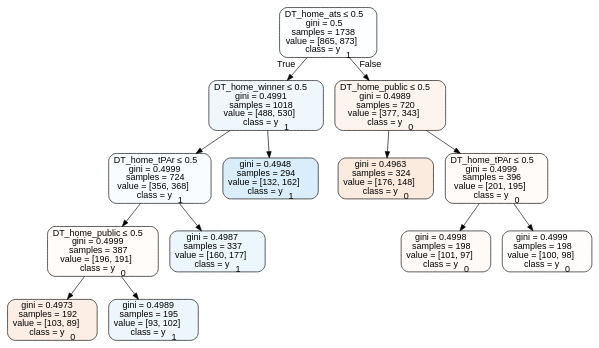
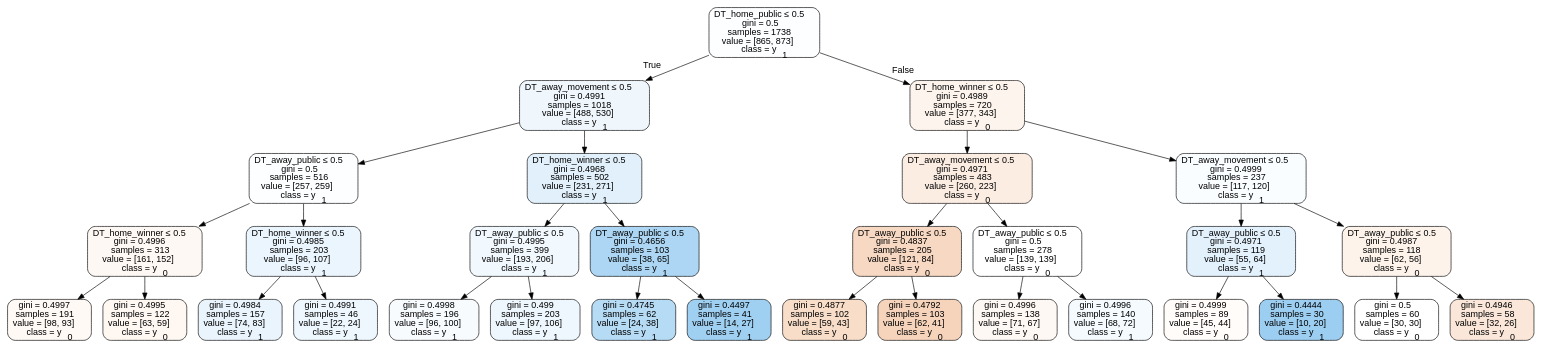
One commit to usbogie/ncaa-bets changed the diagram in tree_data/tree2014neutral.dot. Above: the diagram before and after it, drawn with Graphviz. The commit also changed 26 other files, not shown here.

```diff
--- a/tree_data/tree2014neutral.dot
+++ b/tree_data/tree2014neutral.dot
@@ -1,29 +1,65 @@
 digraph Tree {
 node [shape=box, style="filled, rounded", color="black", fontname=helvetica] ;
 edge [fontname=helvetica] ;
-0 [label=<DT_home_ats &le; 0.5<br/>gini = 0.5<br/>samples = 1738<br/>value = [865, 873]<br/>class = y<SUB>1</SUB>>, fillcolor="#399de502"] ;
-1 [label=<DT_home_winner &le; 0.5<br/>gini = 0.4991<br/>samples = 1018<br/>value = [488, 530]<br/>class = y<SUB>1</SUB>>, fillcolor="#399de514"] ;
+0 [label=<DT_home_public &le; 0.5<br/>gini = 0.5<br/>samples = 1738<br/>value = [865, 873]<br/>class = y<SUB>1</SUB>>, fillcolor="#399de502"] ;
+1 [label=<DT_away_movement &le; 0.5<br/>gini = 0.4991<br/>samples = 1018<br/>value = [488, 530]<br/>class = y<SUB>1</SUB>>, fillcolor="#399de514"] ;
 0 -> 1 [labeldistance=2.5, labelangle=45, headlabel="True"] ;
-2 [label=<DT_home_tPAr &le; 0.5<br/>gini = 0.4999<br/>samples = 724<br/>value = [356, 368]<br/>class = y<SUB>1</SUB>>, fillcolor="#399de508"] ;
+2 [label=<DT_away_public &le; 0.5<br/>gini = 0.5<br/>samples = 516<br/>value = [257, 259]<br/>class = y<SUB>1</SUB>>, fillcolor="#399de502"] ;
 1 -> 2 ;
-3 [label=<DT_home_public &le; 0.5<br/>gini = 0.4999<br/>samples = 387<br/>value = [196, 191]<br/>class = y<SUB>0</SUB>>, fillcolor="#e5813907"] ;
+3 [label=<DT_home_winner &le; 0.5<br/>gini = 0.4996<br/>samples = 313<br/>value = [161, 152]<br/>class = y<SUB>0</SUB>>, fillcolor="#e581390e"] ;
 2 -> 3 ;
-4 [label=<gini = 0.4973<br/>samples = 192<br/>value = [103, 89]<br/>class = y<SUB>0</SUB>>, fillcolor="#e5813923"] ;
+4 [label=<gini = 0.4997<br/>samples = 191<br/>value = [98, 93]<br/>class = y<SUB>0</SUB>>, fillcolor="#e581390d"] ;
 3 -> 4 ;
-5 [label=<gini = 0.4989<br/>samples = 195<br/>value = [93, 102]<br/>class = y<SUB>1</SUB>>, fillcolor="#399de517"] ;
+5 [label=<gini = 0.4995<br/>samples = 122<br/>value = [63, 59]<br/>class = y<SUB>0</SUB>>, fillcolor="#e5813910"] ;
 3 -> 5 ;
-6 [label=<gini = 0.4987<br/>samples = 337<br/>value = [160, 177]<br/>class = y<SUB>1</SUB>>, fillcolor="#399de518"] ;
+6 [label=<DT_home_winner &le; 0.5<br/>gini = 0.4985<br/>samples = 203<br/>value = [96, 107]<br/>class = y<SUB>1</SUB>>, fillcolor="#399de51a"] ;
 2 -> 6 ;
-7 [label=<gini = 0.4948<br/>samples = 294<br/>value = [132, 162]<br/>class = y<SUB>1</SUB>>, fillcolor="#399de52f"] ;
-1 -> 7 ;
-8 [label=<DT_home_public &le; 0.5<br/>gini = 0.4989<br/>samples = 720<br/>value = [377, 343]<br/>class = y<SUB>0</SUB>>, fillcolor="#e5813917"] ;
-0 -> 8 [labeldistance=2.5, labelangle=-45, headlabel="False"] ;
-9 [label=<gini = 0.4963<br/>samples = 324<br/>value = [176, 148]<br/>class = y<SUB>0</SUB>>, fillcolor="#e5813929"] ;
-8 -> 9 ;
-10 [label=<DT_home_tPAr &le; 0.5<br/>gini = 0.4999<br/>samples = 396<br/>value = [201, 195]<br/>class = y<SUB>0</SUB>>, fillcolor="#e5813908"] ;
-8 -> 10 ;
-11 [label=<gini = 0.4998<br/>samples = 198<br/>value = [101, 97]<br/>class = y<SUB>0</SUB>>, fillcolor="#e581390a"] ;
+7 [label=<gini = 0.4984<br/>samples = 157<br/>value = [74, 83]<br/>class = y<SUB>1</SUB>>, fillcolor="#399de51c"] ;
+6 -> 7 ;
+8 [label=<gini = 0.4991<br/>samples = 46<br/>value = [22, 24]<br/>class = y<SUB>1</SUB>>, fillcolor="#399de515"] ;
+6 -> 8 ;
+9 [label=<DT_home_winner &le; 0.5<br/>gini = 0.4968<br/>samples = 502<br/>value = [231, 271]<br/>class = y<SUB>1</SUB>>, fillcolor="#399de526"] ;
+1 -> 9 ;
+10 [label=<DT_away_public &le; 0.5<br/>gini = 0.4995<br/>samples = 399<br/>value = [193, 206]<br/>class = y<SUB>1</SUB>>, fillcolor="#399de510"] ;
+9 -> 10 ;
+11 [label=<gini = 0.4998<br/>samples = 196<br/>value = [96, 100]<br/>class = y<SUB>1</SUB>>, fillcolor="#399de50a"] ;
 10 -> 11 ;
-12 [label=<gini = 0.4999<br/>samples = 198<br/>value = [100, 98]<br/>class = y<SUB>0</SUB>>, fillcolor="#e5813905"] ;
+12 [label=<gini = 0.499<br/>samples = 203<br/>value = [97, 106]<br/>class = y<SUB>1</SUB>>, fillcolor="#399de516"] ;
 10 -> 12 ;
+13 [label=<DT_away_public &le; 0.5<br/>gini = 0.4656<br/>samples = 103<br/>value = [38, 65]<br/>class = y<SUB>1</SUB>>, fillcolor="#399de56a"] ;
+9 -> 13 ;
+14 [label=<gini = 0.4745<br/>samples = 62<br/>value = [24, 38]<br/>class = y<SUB>1</SUB>>, fillcolor="#399de55e"] ;
+13 -> 14 ;
+15 [label=<gini = 0.4497<br/>samples = 41<br/>value = [14, 27]<br/>class = y<SUB>1</SUB>>, fillcolor="#399de57b"] ;
+13 -> 15 ;
+16 [label=<DT_home_winner &le; 0.5<br/>gini = 0.4989<br/>samples = 720<br/>value = [377, 343]<br/>class = y<SUB>0</SUB>>, fillcolor="#e5813917"] ;
+0 -> 16 [labeldistance=2.5, labelangle=-45, headlabel="False"] ;
+17 [label=<DT_away_movement &le; 0.5<br/>gini = 0.4971<br/>samples = 483<br/>value = [260, 223]<br/>class = y<SUB>0</SUB>>, fillcolor="#e5813924"] ;
+16 -> 17 ;
+18 [label=<DT_away_public &le; 0.5<br/>gini = 0.4837<br/>samples = 205<br/>value = [121, 84]<br/>class = y<SUB>0</SUB>>, fillcolor="#e581394e"] ;
+17 -> 18 ;
+19 [label=<gini = 0.4877<br/>samples = 102<br/>value = [59, 43]<br/>class = y<SUB>0</SUB>>, fillcolor="#e5813945"] ;
+18 -> 19 ;
+20 [label=<gini = 0.4792<br/>samples = 103<br/>value = [62, 41]<br/>class = y<SUB>0</SUB>>, fillcolor="#e5813956"] ;
+18 -> 20 ;
+21 [label=<DT_away_public &le; 0.5<br/>gini = 0.5<br/>samples = 278<br/>value = [139, 139]<br/>class = y<SUB>0</SUB>>, fillcolor="#e5813900"] ;
+17 -> 21 ;
+22 [label=<gini = 0.4996<br/>samples = 138<br/>value = [71, 67]<br/>class = y<SUB>0</SUB>>, fillcolor="#e581390e"] ;
+21 -> 22 ;
+23 [label=<gini = 0.4996<br/>samples = 140<br/>value = [68, 72]<br/>class = y<SUB>1</SUB>>, fillcolor="#399de50e"] ;
+21 -> 23 ;
+24 [label=<DT_away_movement &le; 0.5<br/>gini = 0.4999<br/>samples = 237<br/>value = [117, 120]<br/>class = y<SUB>1</SUB>>, fillcolor="#399de506"] ;
+16 -> 24 ;
+25 [label=<DT_away_public &le; 0.5<br/>gini = 0.4971<br/>samples = 119<br/>value = [55, 64]<br/>class = y<SUB>1</SUB>>, fillcolor="#399de524"] ;
+24 -> 25 ;
+26 [label=<gini = 0.4999<br/>samples = 89<br/>value = [45, 44]<br/>class = y<SUB>0</SUB>>, fillcolor="#e5813906"] ;
+25 -> 26 ;
+27 [label=<gini = 0.4444<br/>samples = 30<br/>value = [10, 20]<br/>class = y<SUB>1</SUB>>, fillcolor="#399de57f"] ;
+25 -> 27 ;
+28 [label=<DT_away_public &le; 0.5<br/>gini = 0.4987<br/>samples = 118<br/>value = [62, 56]<br/>class = y<SUB>0</SUB>>, fillcolor="#e5813919"] ;
+24 -> 28 ;
+29 [label=<gini = 0.5<br/>samples = 60<br/>value = [30, 30]<br/>class = y<SUB>0</SUB>>, fillcolor="#e5813900"] ;
+28 -> 29 ;
+30 [label=<gini = 0.4946<br/>samples = 58<br/>value = [32, 26]<br/>class = y<SUB>0</SUB>>, fillcolor="#e5813930"] ;
+28 -> 30 ;
 }
```
